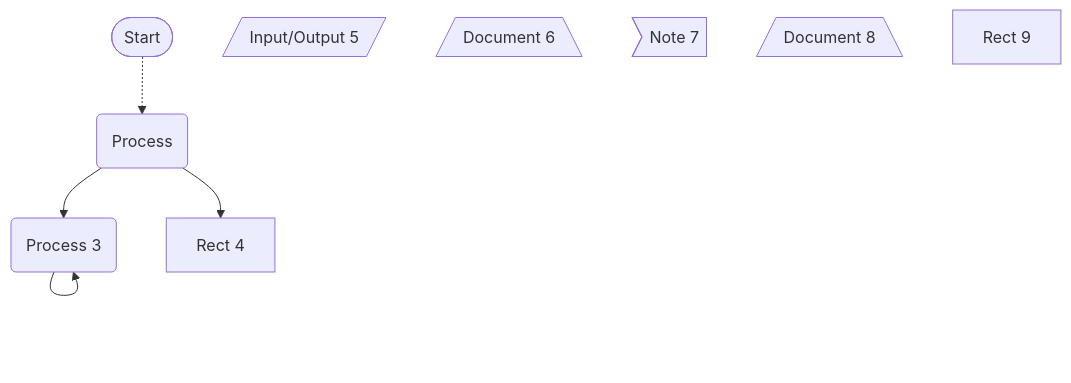
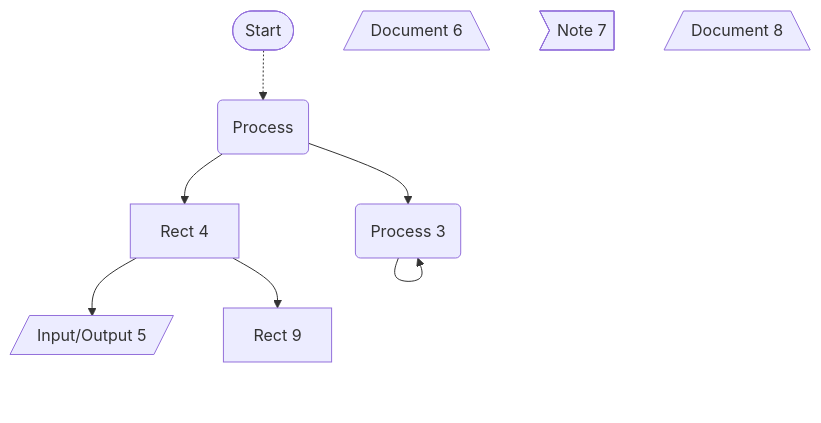
The diagram in mmd/流程图_3c82e5dc-80e4-4b41-a50d-f90f98ff5790.mmd (pingpm/mermaid_vault), drawn with Mermaid before and after one commit. The commit also changed 2 other files, not shown here.

Commit message:
Sync Mermaid Studio data (12 diagrams)

```diff
--- a/mmd/流程图_3c82e5dc-80e4-4b41-a50d-f90f98ff5790.mmd
+++ b/mmd/流程图_3c82e5dc-80e4-4b41-a50d-f90f98ff5790.mmd
@@ -1,14 +1,16 @@
 graph TD
   start(["Start"])
   1("Process")
   2b55b8de-e64f-48f1-a8b6-94cca48b33d2("Process 3")
   f836676b-fb2c-4936-a911-d066d325c8e0["Rect 4"]
   7f7d8cb8-27fd-45d9-8d2e-dd3c2a474f13[/"Input/Output 5"/]
   c08d4eab-03ff-4bb2-8d24-cee61d141f9d[/"Document 6"\]
   cacbf4fd-8267-4e6e-acf7-b18af6489a9a>"Note 7"]
   34b56764-0d96-4aae-a160-b1c1707fb3df[/"Document 8"\]
   cd307345-a2eb-40e4-8f4c-f274dbcdef02["Rect 9"]
   start -.-> 1
   2b55b8de-e64f-48f1-a8b6-94cca48b33d2 --> 2b55b8de-e64f-48f1-a8b6-94cca48b33d2
   1 --> 2b55b8de-e64f-48f1-a8b6-94cca48b33d2
   1 --> f836676b-fb2c-4936-a911-d066d325c8e0
+  f836676b-fb2c-4936-a911-d066d325c8e0 --> 7f7d8cb8-27fd-45d9-8d2e-dd3c2a474f13
+  f836676b-fb2c-4936-a911-d066d325c8e0 --> cd307345-a2eb-40e4-8f4c-f274dbcdef02
```
